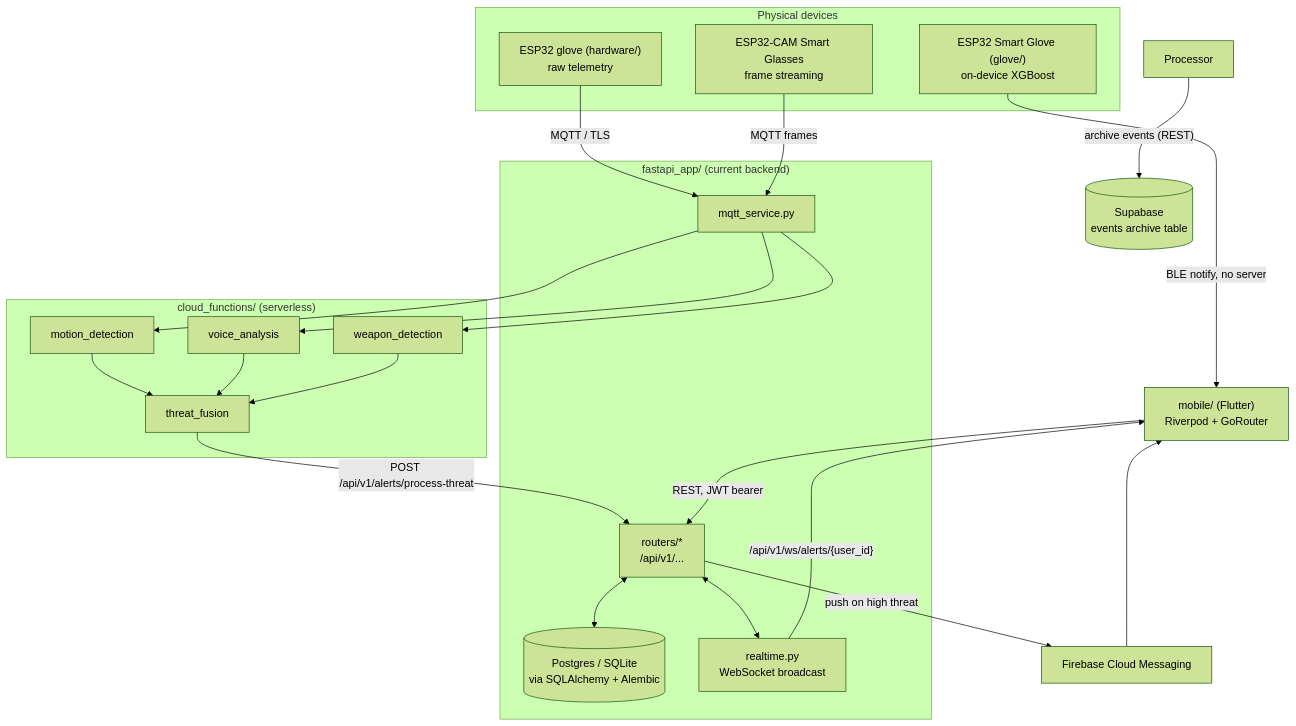
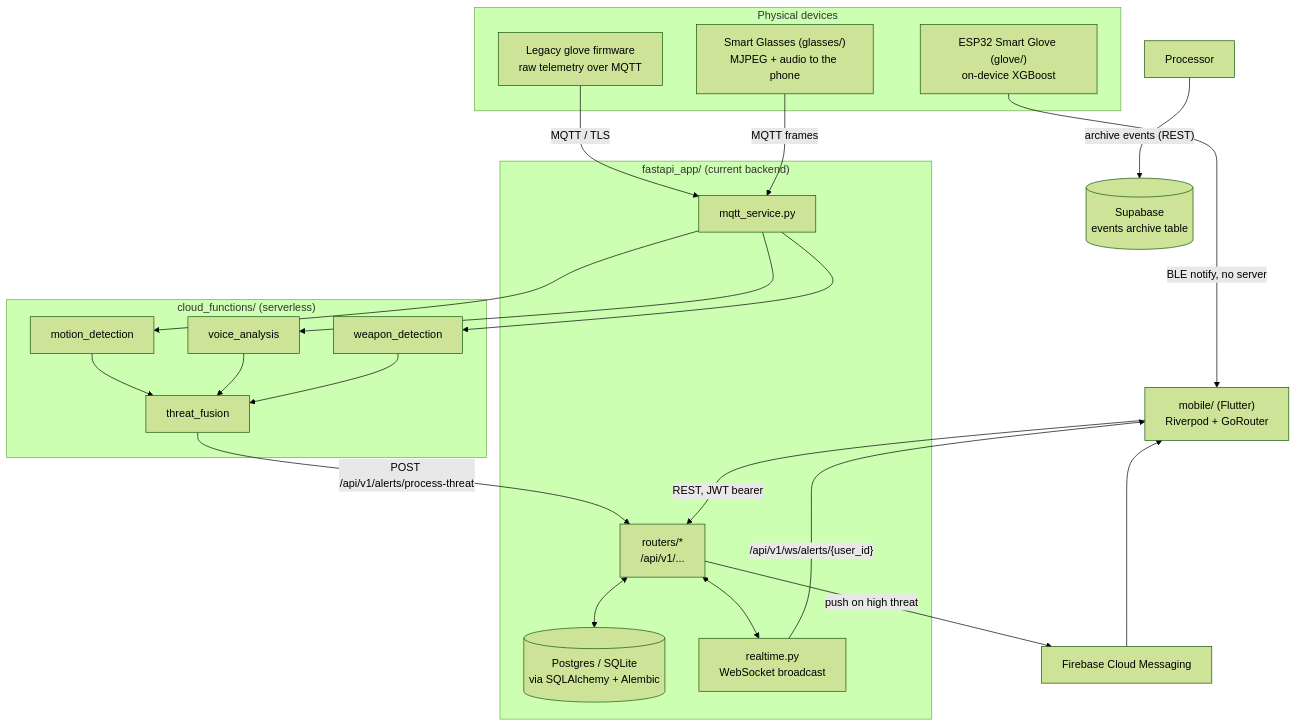
Before and after one commit to ShadowInCache/SafeHer: the first of 5 diagrams in docs/ARCHITECTURE.md, drawn with Mermaid (forest theme). The commit also changed other lines of this file and 14 other files, not shown here.

````diff
--- a/docs/ARCHITECTURE.md
+++ b/docs/ARCHITECTURE.md
@@ -10,41 +10,41 @@
 ```mermaid
 flowchart TB
     subgraph Devices["Physical devices"]
         Glove["ESP32 Smart Glove (glove/)\non-device XGBoost"]
-        GloveOld["ESP32 glove (hardware/)\nraw telemetry"]
-        Glasses["ESP32-CAM Smart Glasses\nframe streaming"]
+        GloveOld["Legacy glove firmware\nraw telemetry over MQTT"]
+        Glasses["Smart Glasses (glasses/)\nMJPEG + audio to the phone"]
     end
 
     subgraph CloudFn["cloud_functions/ (serverless)"]
         Motion["motion_detection"]
         Voice["voice_analysis"]
         Weapon["weapon_detection"]
         Fusion["threat_fusion"]
     end
 
     subgraph Backend["fastapi_app/ (current backend)"]
         MQTTIn["mqtt_service.py"]
         Routers["routers/*\n/api/v1/..."]
         DB[("Postgres / SQLite\nvia SQLAlchemy + Alembic")]
         WS["realtime.py\nWebSocket broadcast"]
     end
 
     Supabase[("Supabase\nevents archive table")]
     FCM["Firebase Cloud Messaging"]
 
     Mobile["mobile/ (Flutter)\nRiverpod + GoRouter"]
 
     Glove -- "BLE notify, no server" --> Mobile
     GloveOld -- "MQTT / TLS" --> MQTTIn
     Glasses -- "MQTT frames" --> MQTTIn
     MQTTIn --> Motion & Voice & Weapon
     Motion & Voice & Weapon --> Fusion
     Fusion -- "POST /api/v1/alerts/process-threat" --> Routers
     Routers <--> DB
     Processor -- "archive events (REST)" --> Supabase
     Routers -- "push on high threat" --> FCM
     Routers <--> WS
     WS -- "/api/v1/ws/alerts/{user_id}" --> Mobile
     Mobile -- "REST, JWT bearer" --> Routers
     FCM --> Mobile
 ```
````
